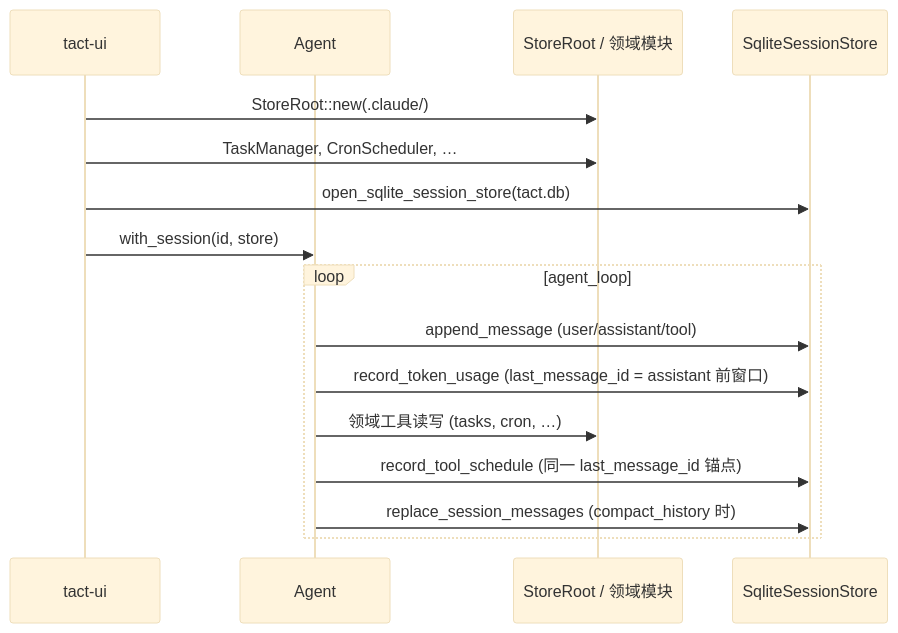
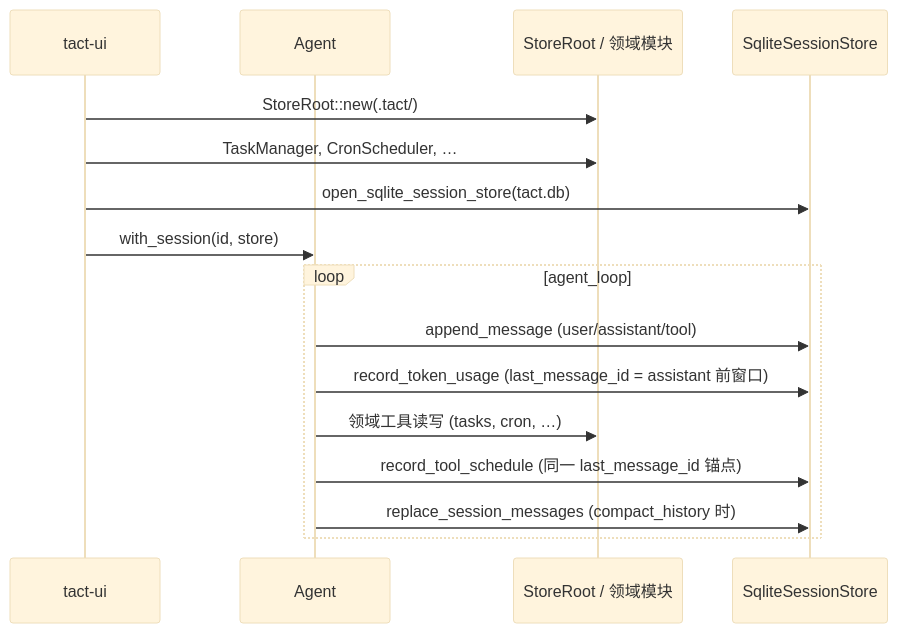
One commit to rust-infra/tact changed the second of 2 diagrams in book/01_chapter_store_zh.md. Above: the diagram before and after it, drawn with Mermaid (base theme). The commit also changed other lines of this file and 83 other files, not shown here.

````diff
--- a/book/01_chapter_store_zh.md
+++ b/book/01_chapter_store_zh.md
@@ -178,20 +178,20 @@
 ```mermaid
 sequenceDiagram
     participant TUI as tact-ui
     participant Agent
     participant JSON as StoreRoot / 领域模块
     participant SQL as SqliteSessionStore
 
-    TUI->>JSON: StoreRoot::new(.claude/)
+    TUI->>JSON: StoreRoot::new(.tact/)
     TUI->>JSON: TaskManager, CronScheduler, …
     TUI->>SQL: open_sqlite_session_store(tact.db)
     TUI->>Agent: with_session(id, store)
 
     loop agent_loop
         Agent->>SQL: append_message (user/assistant/tool)
         Agent->>SQL: record_token_usage (last_message_id = assistant 前窗口)
         Agent->>JSON: 领域工具读写 (tasks, cron, …)
         Agent->>SQL: record_tool_schedule (同一 last_message_id 锚点)
         Agent->>SQL: replace_session_messages (compact_history 时)
     end
 ```
````
